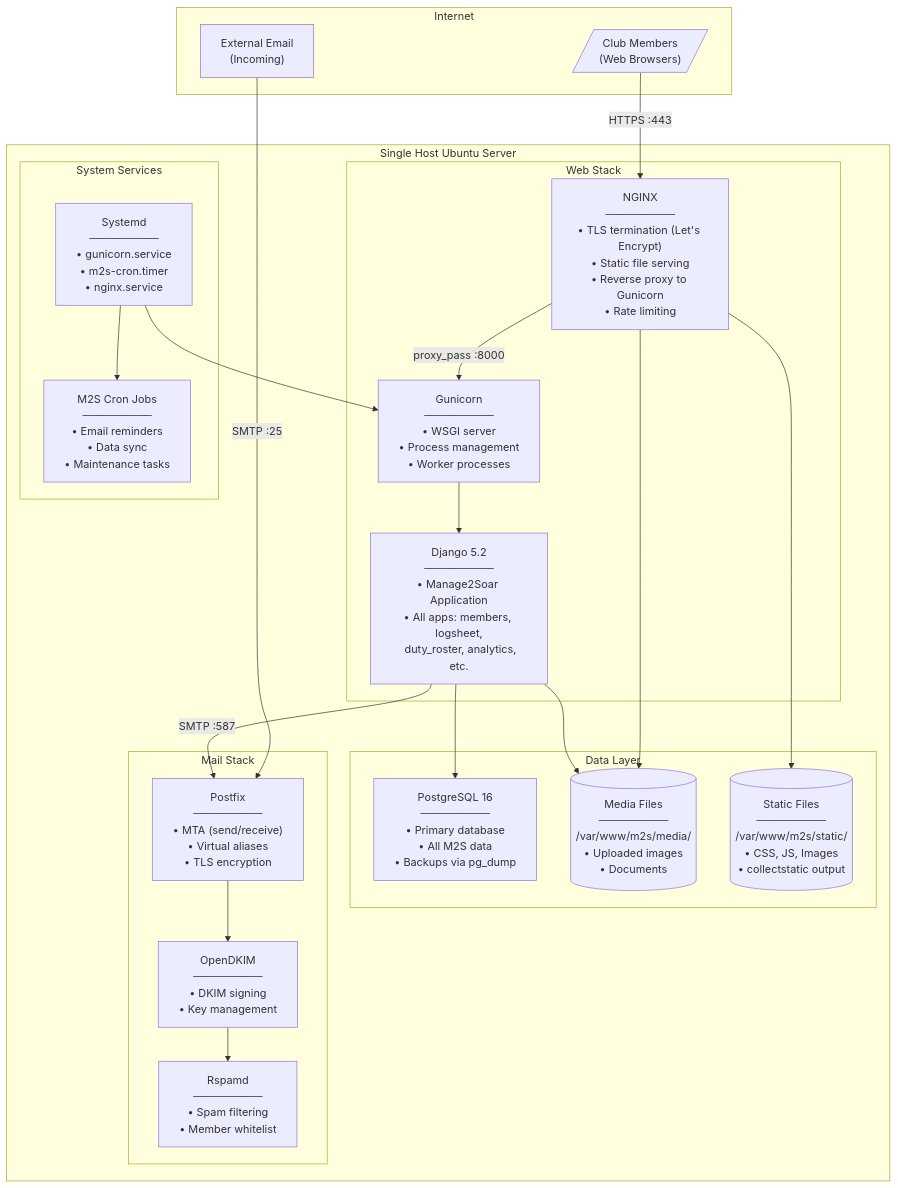
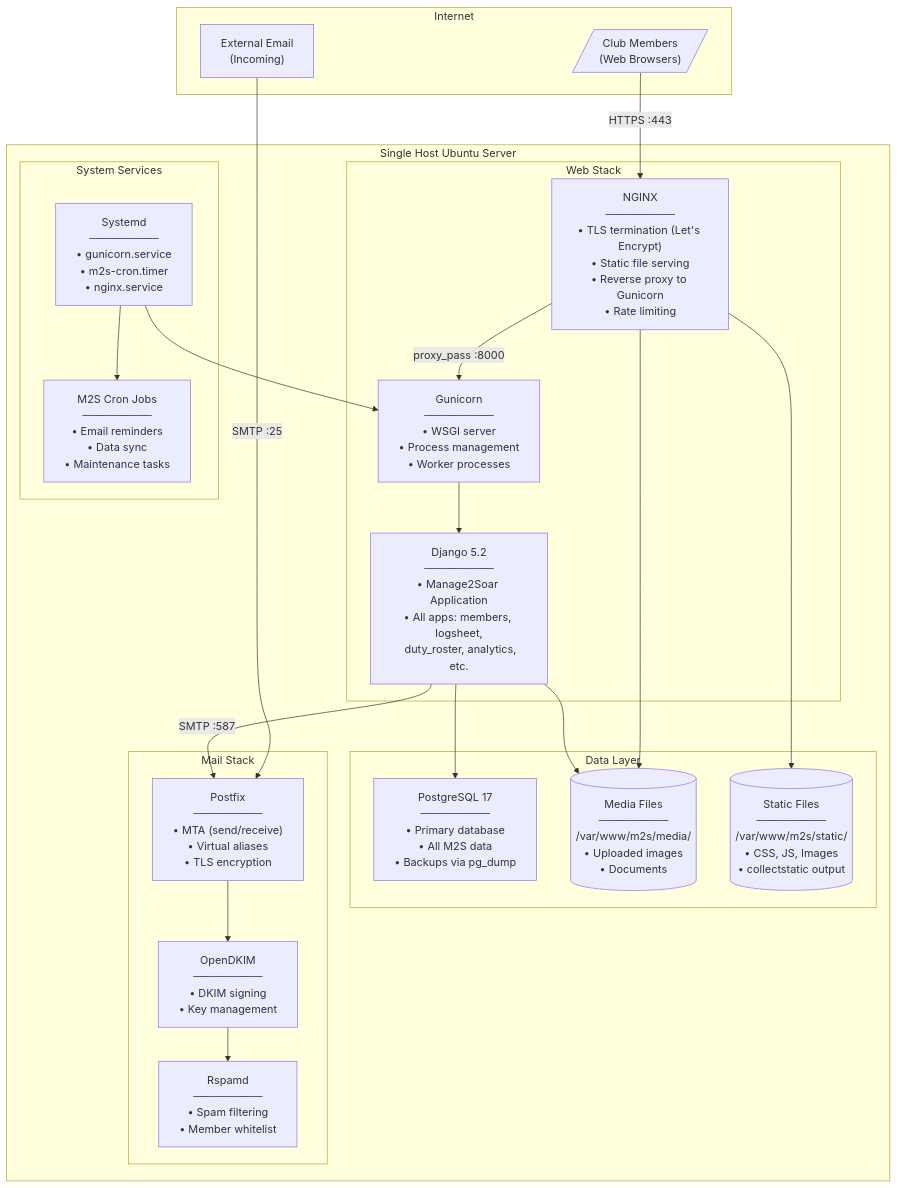
One commit to pietbarber/Manage2Soar changed the diagram in infrastructure/docs/single-host-architecture.md. Above: the diagram before and after it, drawn with Mermaid. The commit also changed other lines of this file and 11 other files, not shown here.

````diff
--- a/infrastructure/docs/single-host-architecture.md
+++ b/infrastructure/docs/single-host-architecture.md
@@ -11,48 +11,48 @@
 ```mermaid
 flowchart TB
     subgraph Internet["Internet"]
         Users[/"Club Members<br/>(Web Browsers)"/]
         ExtMail["External Email<br/>(Incoming)"]
     end
 
     subgraph SingleHost["Single Host Ubuntu Server"]
         subgraph WebStack["Web Stack"]
             NGINX["NGINX<br/>─────────<br/>• TLS termination (Let's Encrypt)<br/>• Static file serving<br/>• Reverse proxy to Gunicorn<br/>• Rate limiting"]
             Gunicorn["Gunicorn<br/>─────────<br/>• WSGI server<br/>• Process management<br/>• Worker processes"]
             Django["Django 5.2<br/>─────────<br/>• Manage2Soar Application<br/>• All apps: members, logsheet,<br/>  duty_roster, analytics, etc."]
         end
 
         subgraph DataLayer["Data Layer"]
-            PostgreSQL["PostgreSQL 16<br/>─────────<br/>• Primary database<br/>• All M2S data<br/>• Backups via pg_dump"]
+            PostgreSQL["PostgreSQL 17<br/>─────────<br/>• Primary database<br/>• All M2S data<br/>• Backups via pg_dump"]
             MediaFiles[("Media Files<br/>─────────<br/>/var/www/m2s/media/<br/>• Uploaded images<br/>• Documents")]
             StaticFiles[("Static Files<br/>─────────<br/>/var/www/m2s/static/<br/>• CSS, JS, Images<br/>• collectstatic output")]
         end
 
         subgraph MailStack["Mail Stack"]
             Postfix["Postfix<br/>─────────<br/>• MTA (send/receive)<br/>• Virtual aliases<br/>• TLS encryption"]
             OpenDKIM["OpenDKIM<br/>─────────<br/>• DKIM signing<br/>• Key management"]
             Rspamd["Rspamd<br/>─────────<br/>• Spam filtering<br/>• Member whitelist"]
         end
 
         subgraph Services["System Services"]
             Systemd["Systemd<br/>─────────<br/>• gunicorn.service<br/>• m2s-cron.timer<br/>• nginx.service"]
             Cron["M2S Cron Jobs<br/>─────────<br/>• Email reminders<br/>• Data sync<br/>• Maintenance tasks"]
         end
     end
 
     Users -->|"HTTPS :443"| NGINX
     NGINX -->|"proxy_pass :8000"| Gunicorn
     Gunicorn --> Django
     Django --> PostgreSQL
     Django --> MediaFiles
     NGINX --> StaticFiles
     NGINX --> MediaFiles
 
     Django -->|"SMTP :587"| Postfix
     ExtMail -->|"SMTP :25"| Postfix
     Postfix --> OpenDKIM
     OpenDKIM --> Rspamd
 
     Systemd --> Gunicorn
     Systemd --> Cron
 ```
````
